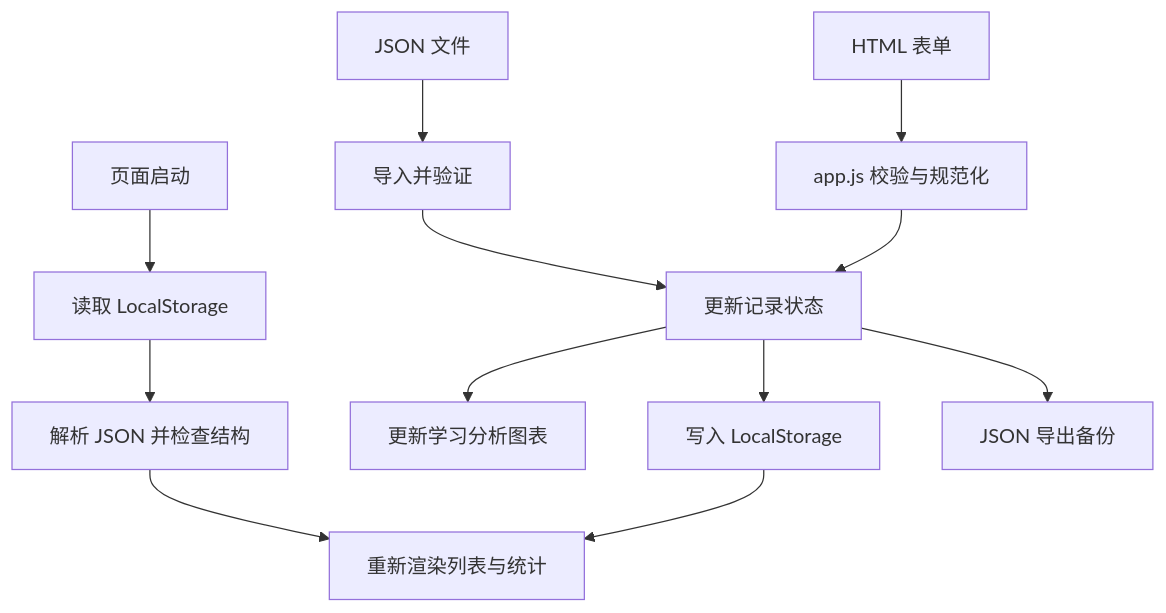
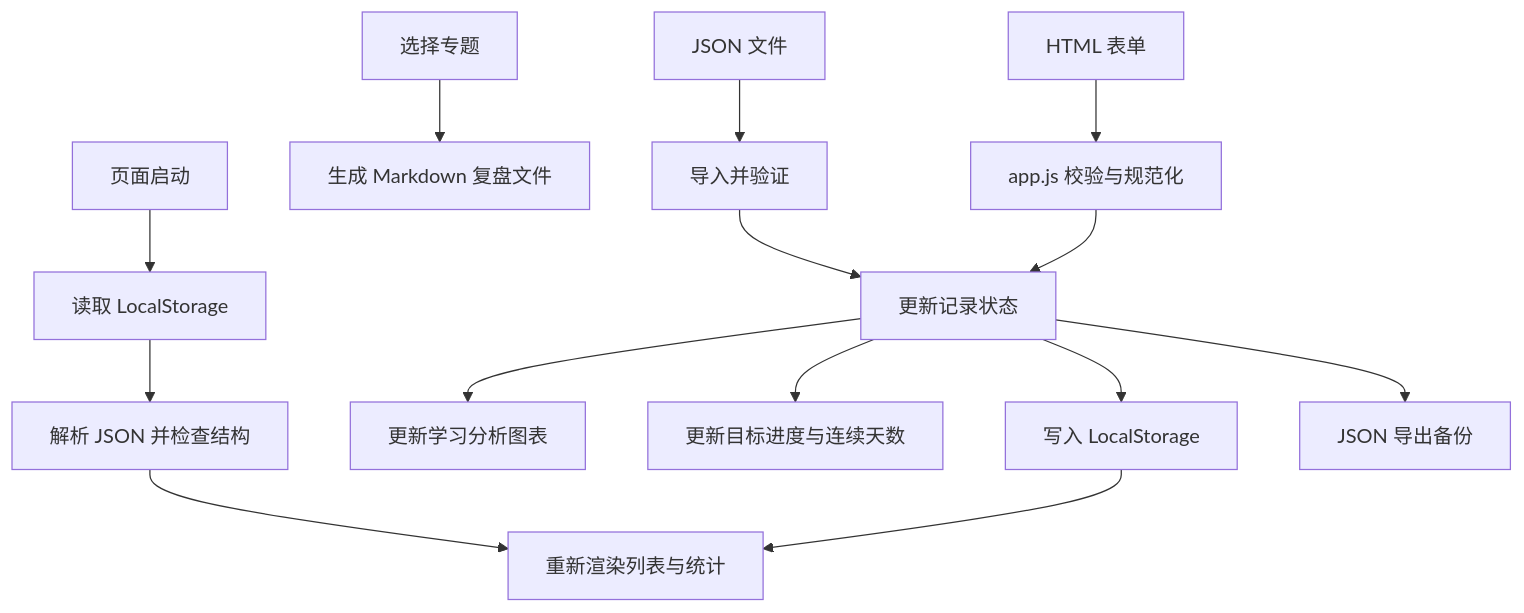
One commit to ilikui/HTML changed the diagram in projects/study-manager/README.md. Above: the diagram before and after it, drawn with Mermaid. The commit also changed other lines of this file, not shown here.

Commit message:
docs(study-manager): document goals streaks and topic markdown export

````diff
--- a/projects/study-manager/README.md
+++ b/projects/study-manager/README.md
@@ -42,14 +45,16 @@
 ```mermaid
 flowchart TD
     A[HTML 表单] --> B[app.js 校验与规范化]
     B --> C[更新记录状态]
     C --> D[写入 LocalStorage]
     D --> E[重新渲染列表与统计]
     C --> L[更新学习分析图表]
+    C --> M[更新目标进度与连续天数]
+    N[选择专题] --> O[生成 Markdown 复盘文件]
     F[页面启动] --> G[读取 LocalStorage]
     G --> H[解析 JSON 并检查结构]
     H --> E
     I[JSON 文件] --> J[导入并验证]
     J --> C
     C --> K[JSON 导出备份]
 ```
````
